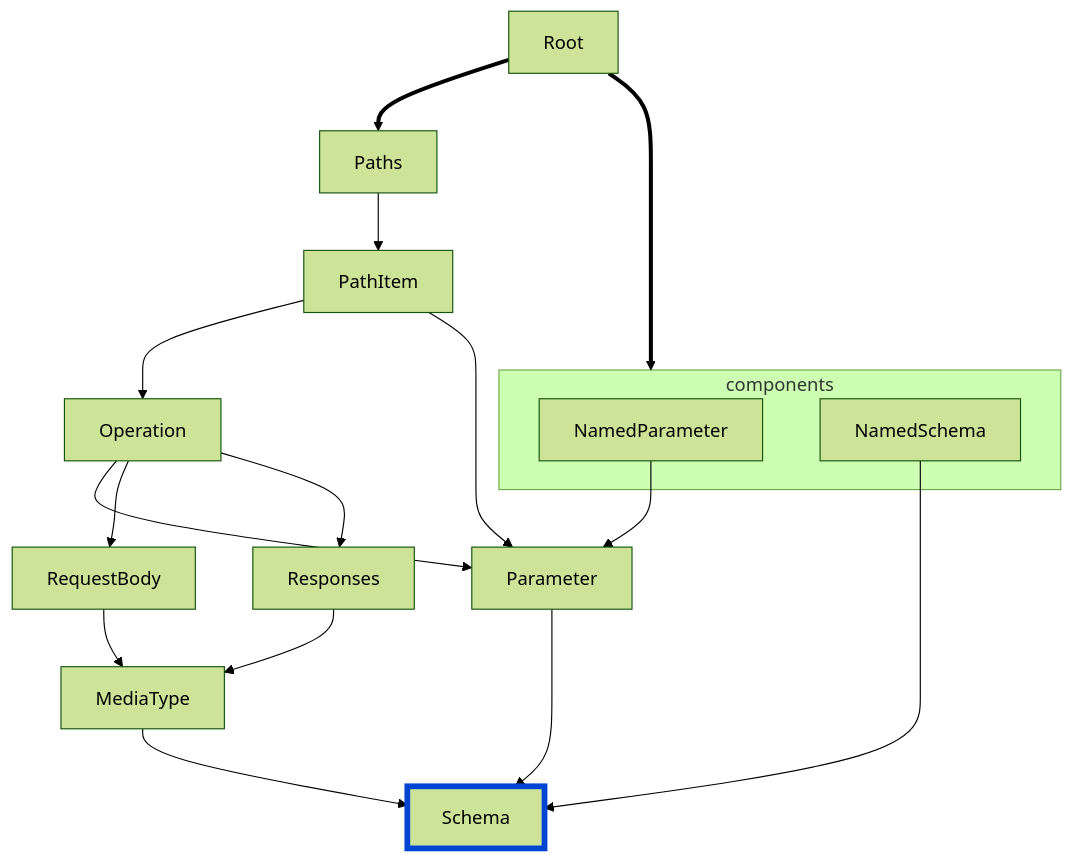
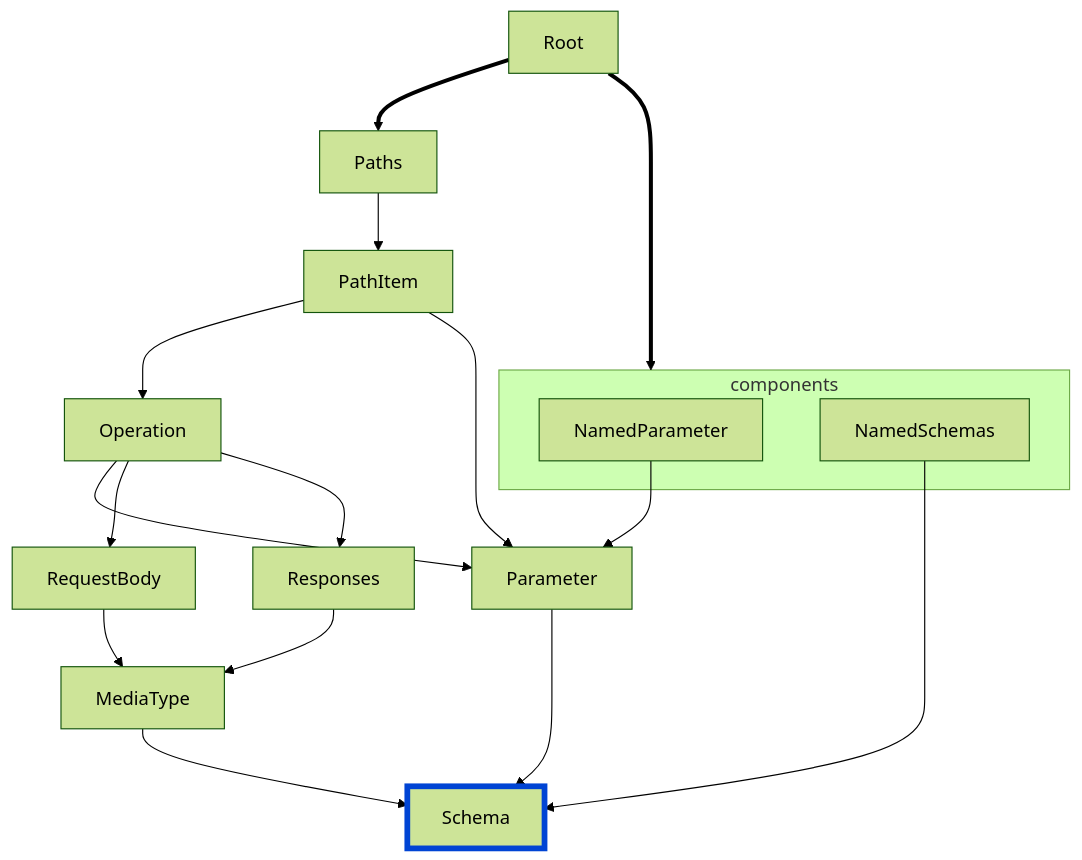
Before and after one commit to Redocly/redocly-cli: the diagram in docs/@v1/rules/oas/no-enum-type-mismatch.md, drawn with Mermaid (forest theme). The commit also changed 10 other files, not shown here.

Commit message:
update changeset, naming, and diagrams

````diff
--- a/docs/@v1/rules/oas/no-enum-type-mismatch.md
+++ b/docs/@v1/rules/oas/no-enum-type-mismatch.md
@@ -15,18 +15,18 @@
 ```mermaid
 flowchart TD
 
 Root ==> Paths --> PathItem --> Operation --> Parameter --> Schema
 PathItem --> Parameter
 NamedParameter --> Parameter
 Operation --> RequestBody --> MediaType --> Schema
 Operation --> Responses --> MediaType
-NamedSchema --> Schema
+NamedSchemas --> Schema
 Root ==> components
 
 subgraph components
 NamedParameter
-NamedSchema
+NamedSchemas
 end
 
 style Schema fill:#codaf9,stroke:#0044d4,stroke-width:5px
 ```
````
